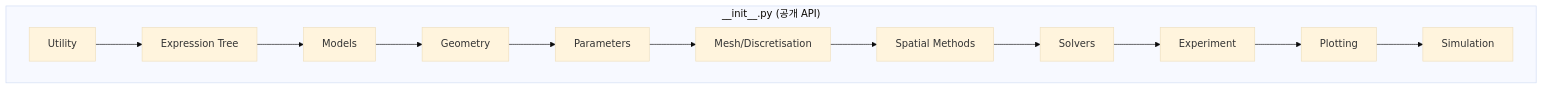
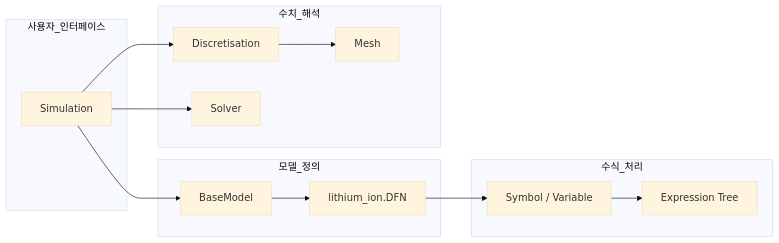
The first of 7 diagrams in examples/ryu/Phase1_패키지_구조_분석.md (Breezyryu/PyBaMM-ex), drawn with Mermaid (base theme) before and after one commit. The commit also changed other lines of this file and 3 other files, not shown here.

````diff
--- a/examples/ryu/Phase1_패키지_구조_분석.md
+++ b/examples/ryu/Phase1_패키지_구조_분석.md
@@ -15,15 +43,30 @@
 ```mermaid
-flowchart TD
-    subgraph init["__init__.py (공개 API)"]
-        A["Utility"] --> B["Expression Tree"]
-        B --> C["Models"]
-        C --> D["Geometry"]
-        D --> E["Parameters"]
-        E --> F["Mesh/Discretisation"]
-        F --> G["Spatial Methods"]
-        G --> H["Solvers"]
-        H --> I["Experiment"]
-        I --> J["Plotting"]
-        J --> K["Simulation"]
+flowchart LR
+    subgraph 사용자_인터페이스
+        A["Simulation"]
     end
+    
+    subgraph 모델_정의
+        B["BaseModel"]
+        C["lithium_ion.DFN"]
+    end
+    
+    subgraph 수식_처리
+        D["Expression Tree"]
+        E["Symbol / Variable"]
+    end
+    
+    subgraph 수치_해석
+        F["Discretisation"]
+        G["Mesh"]
+        H["Solver"]
+    end
+    
+    A --> B
+    B --> C
+    C --> E
+    E --> D
+    A --> F
+    F --> G
+    A --> H
 ```
````
